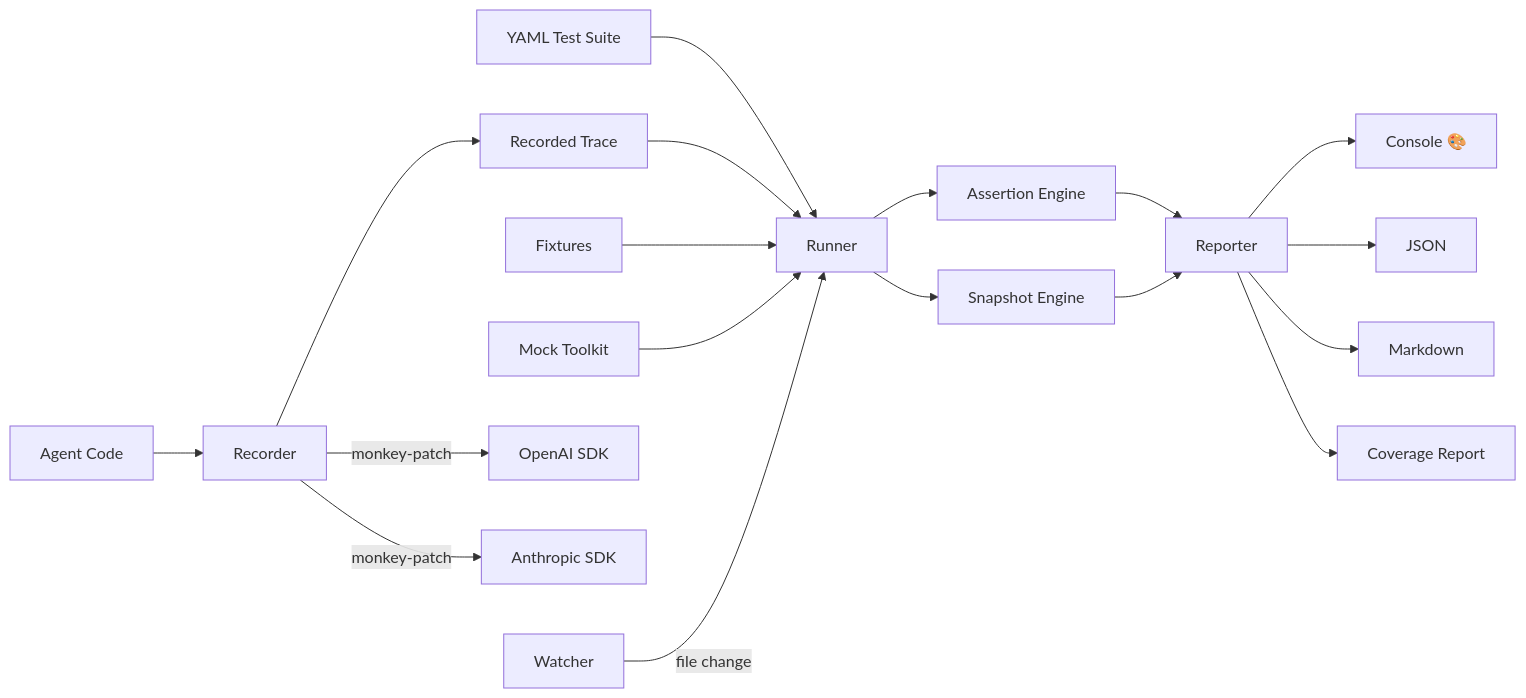
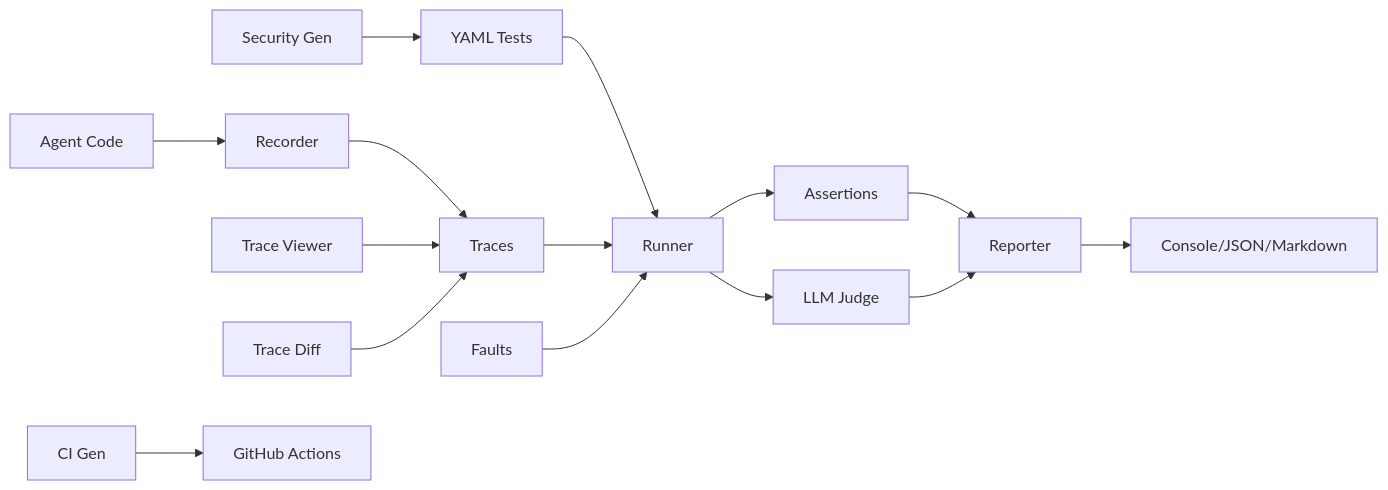
Before and after one commit to NeuZhou/agentprobe: the diagram in README.md, drawn with Mermaid. The commit also changed other lines of this file and 3 other files, not shown here.

````diff
--- a/README.md
+++ b/README.md
@@ -320,22 +323,19 @@
 ```mermaid
 graph LR
-    A[YAML Test Suite] --> B[Runner]
-    C[Recorded Trace] --> B
-    M[Fixtures] --> B
-    N[Mock Toolkit] --> B
-    B --> D[Assertion Engine]
-    B --> S[Snapshot Engine]
+    A[YAML Tests] --> B[Runner]
+    C[Traces] --> B
+    F[Faults] --> B
+    B --> D[Assertions]
+    B --> J[LLM Judge]
     D --> E[Reporter]
-    S --> E
-    E --> F[Console 🎨]
-    E --> G[JSON]
-    E --> H[Markdown]
-    E --> COV[Coverage Report]
+    J --> E
+    E --> G[Console/JSON/Markdown]
 
-    I[Agent Code] --> J[Recorder]
-    J -->|monkey-patch| K[OpenAI SDK]
-    J -->|monkey-patch| L[Anthropic SDK]
-    J --> C
+    I[Agent Code] --> R[Recorder]
+    R --> C
 
-    W[Watcher] -->|file change| B
+    V[Trace Viewer] --> C
+    DF[Trace Diff] --> C
+    S[Security Gen] --> A
+    CI[CI Gen] --> GH[GitHub Actions]
 ```
````
